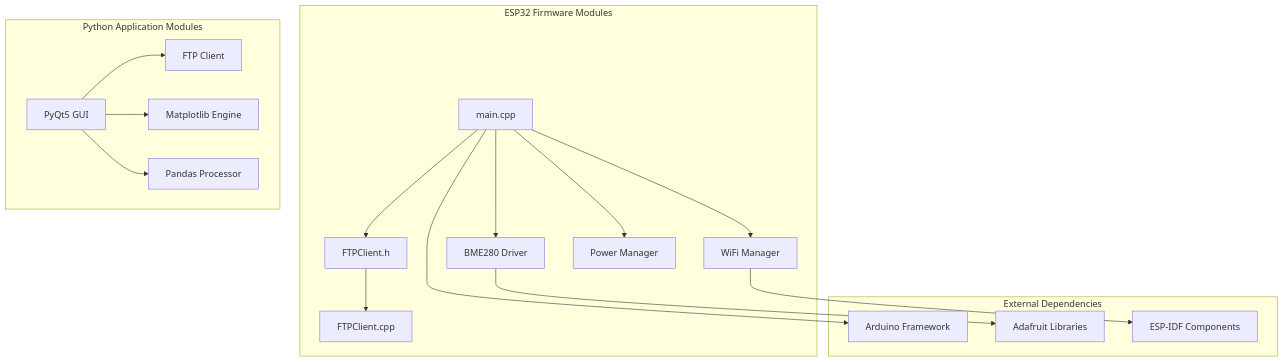
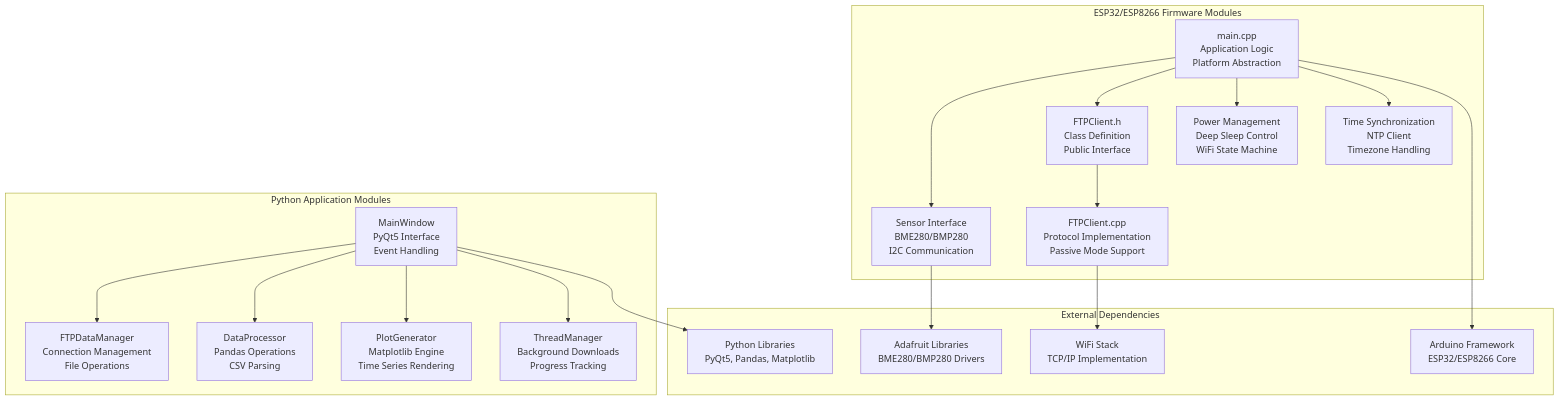
One commit to ExploiTR/RoutineTimer changed the first of 4 diagrams in LLD.md. Above: the diagram before and after it, drawn with Mermaid. The commit also changed other lines of this file and 4 other files, not shown here.

````diff
--- a/LLD.md
+++ b/LLD.md
@@ -5,38 +21,42 @@
 ```mermaid
 graph TD
-    subgraph "ESP32 Firmware Modules"
-        MAIN[main.cpp]
-        FTP_H[FTPClient.h]
-        FTP_CPP[FTPClient.cpp]
-        BME[BME280 Driver]
-        WIFI[WiFi Manager]
-        SLEEP[Power Manager]
+    subgraph "ESP32/ESP8266 Firmware Modules"
+        MAIN[main.cpp<br/>Application Logic<br/>Platform Abstraction]
+        SENSOR[Sensor Interface<br/>BME280/BMP280<br/>I2C Communication]
+        FTP_H[FTPClient.h<br/>Class Definition<br/>Public Interface]
+        FTP_CPP[FTPClient.cpp<br/>Protocol Implementation<br/>Passive Mode Support]
+        POWER[Power Management<br/>Deep Sleep Control<br/>WiFi State Machine]
+        TIME[Time Synchronization<br/>NTP Client<br/>Timezone Handling]
     end
     
     subgraph "Python Application Modules"
-        GUI[PyQt5 GUI]
-        FTP_PY[FTP Client]
-        PLOT[Matplotlib Engine]
-        DATA[Pandas Processor]
+        GUI_MAIN[MainWindow<br/>PyQt5 Interface<br/>Event Handling]
+        FTP_MGR[FTPDataManager<br/>Connection Management<br/>File Operations]
+        DATA_PROC[DataProcessor<br/>Pandas Operations<br/>CSV Parsing]
+        PLOT_ENG[PlotGenerator<br/>Matplotlib Engine<br/>Time Series Rendering]
+        THREAD_MGR[ThreadManager<br/>Background Downloads<br/>Progress Tracking]
     end
     
     subgraph "External Dependencies"
-        ARDUINO[Arduino Framework]
-        ADAFRUIT[Adafruit Libraries]
-        ESP_IDF[ESP-IDF Components]
+        ARDUINO[Arduino Framework<br/>ESP32/ESP8266 Core]
+        ADAFRUIT[Adafruit Libraries<br/>BME280/BMP280 Drivers]
+        WIFI_STACK[WiFi Stack<br/>TCP/IP Implementation]
+        PYTHON_LIBS[Python Libraries<br/>PyQt5, Pandas, Matplotlib]
     end
     
+    MAIN --> SENSOR
     MAIN --> FTP_H
-    MAIN --> BME
-    MAIN --> WIFI
-    MAIN --> SLEEP
+    MAIN --> POWER
+    MAIN --> TIME
     FTP_H --> FTP_CPP
     
-    GUI --> FTP_PY
-    GUI --> PLOT
-    GUI --> DATA
+    GUI_MAIN --> FTP_MGR
+    GUI_MAIN --> DATA_PROC
+    GUI_MAIN --> PLOT_ENG
+    GUI_MAIN --> THREAD_MGR
     
+    SENSOR --> ADAFRUIT
     MAIN --> ARDUINO
-    BME --> ADAFRUIT
-    WIFI --> ESP_IDF
+    FTP_CPP --> WIFI_STACK
+    GUI_MAIN --> PYTHON_LIBS
 ```
````
